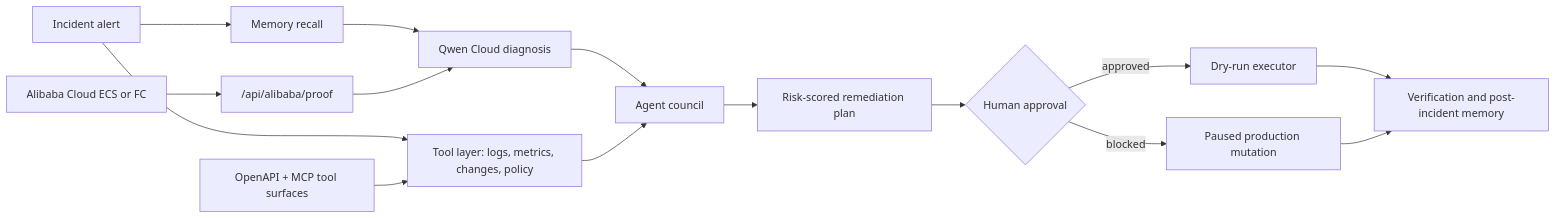
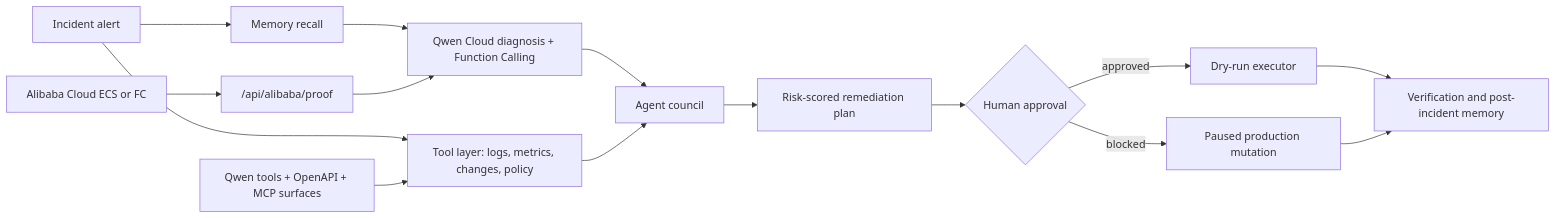
One commit to Oxygen56/aegisops-autopilot changed the diagram in docs/ARCHITECTURE.md. Above: the diagram before and after it, drawn with Mermaid. The commit also changed other lines of this file and 23 other files, not shown here.

Commit message:
Add live Qwen tool call loop

````diff
--- a/docs/ARCHITECTURE.md
+++ b/docs/ARCHITECTURE.md
@@ -3,17 +3,17 @@
 ```mermaid
 flowchart LR
   A["Incident alert"] --> B["Memory recall"]
-  B --> C["Qwen Cloud diagnosis"]
+  B --> C["Qwen Cloud diagnosis + Function Calling"]
   C --> D["Agent council"]
   A --> E["Tool layer: logs, metrics, changes, policy"]
-  M["OpenAPI + MCP tool surfaces"] --> E
+  M["Qwen tools + OpenAPI + MCP surfaces"] --> E
   E --> D
   D --> F["Risk-scored remediation plan"]
   F --> G{"Human approval"}
   G -->|approved| H["Dry-run executor"]
   G -->|blocked| I["Paused production mutation"]
   H --> J["Verification and post-incident memory"]
   I --> J
   K["Alibaba Cloud ECS or FC"] --> L["/api/alibaba/proof"]
   L --> C
 ```
````
